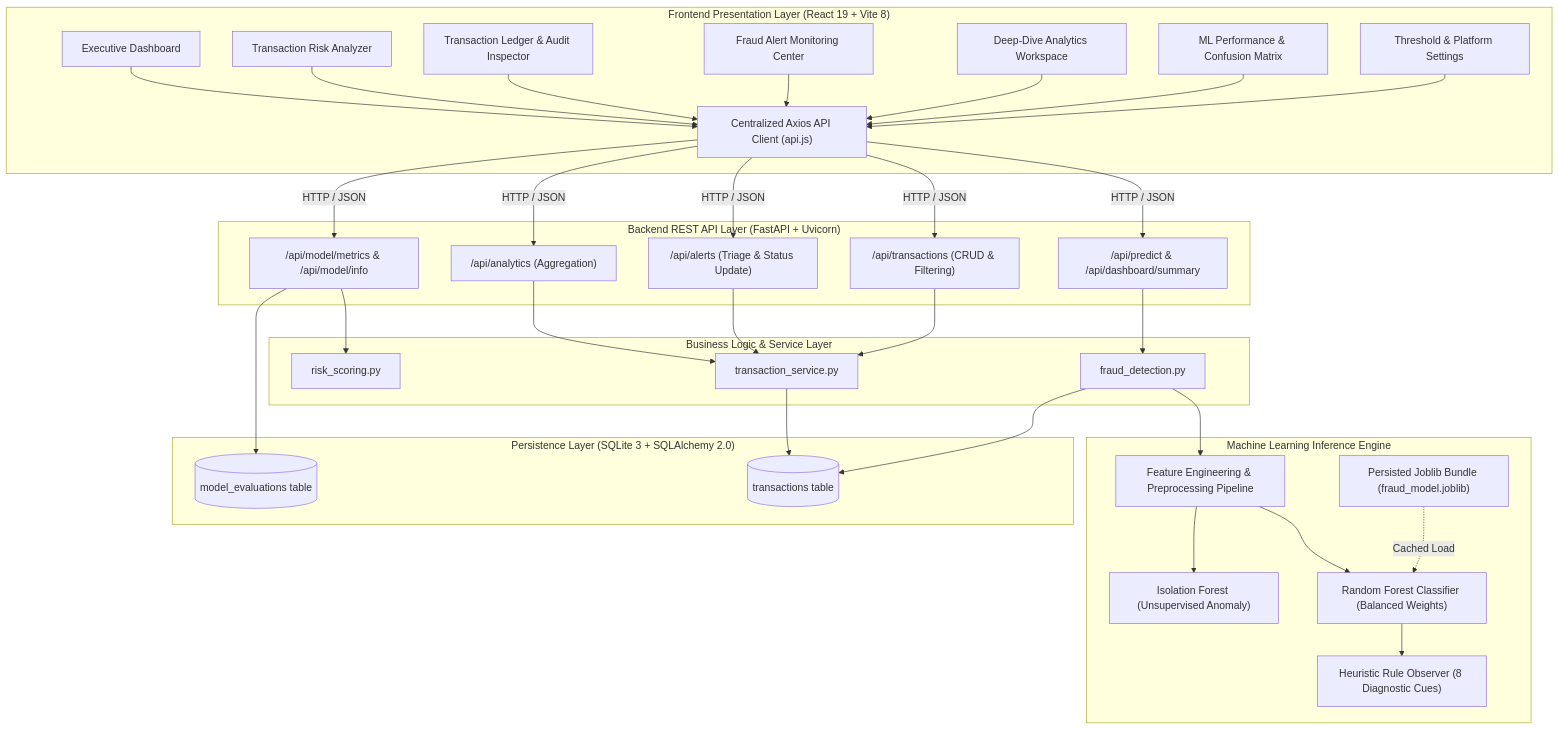
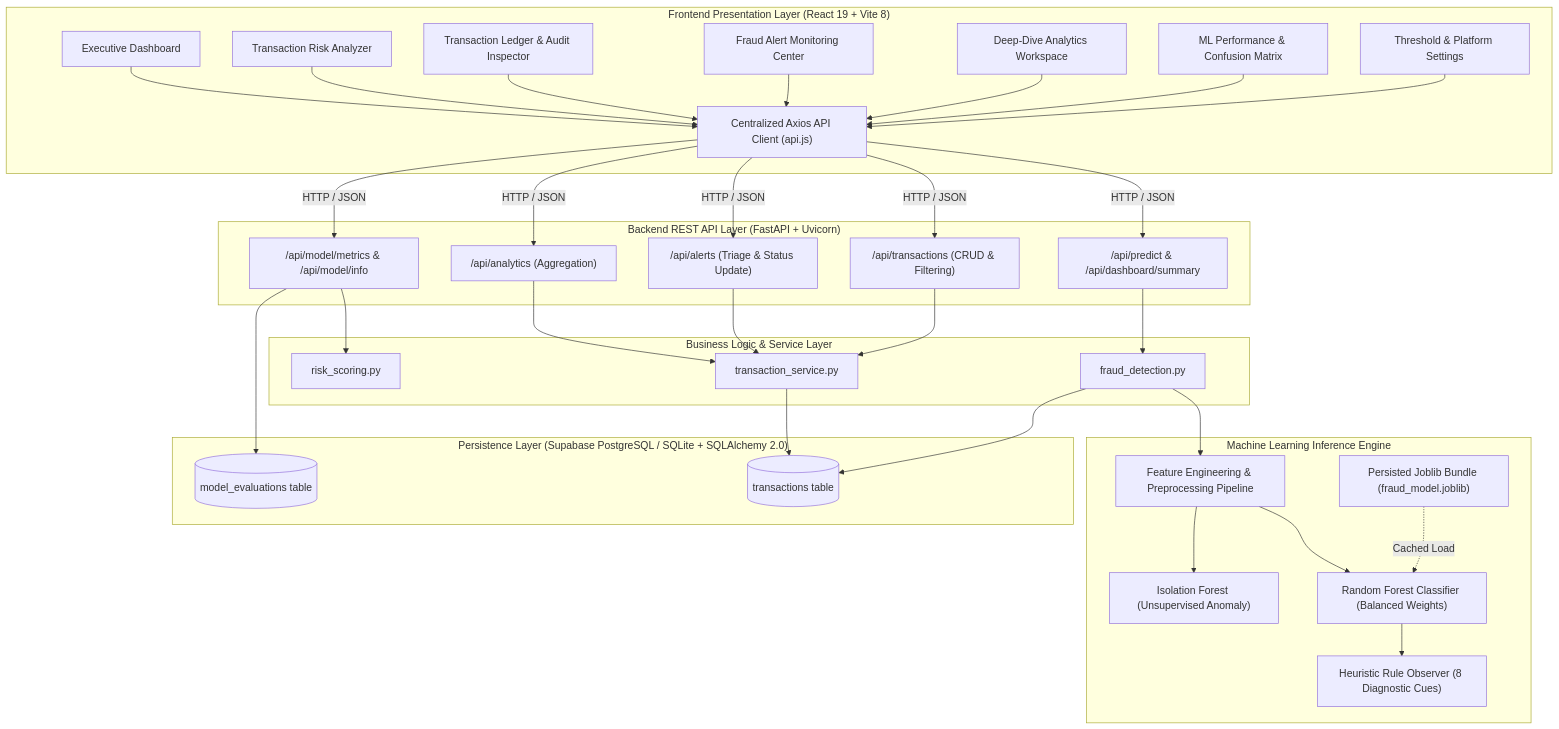
Before and after one commit to Akshay-18253/AI-For-Finance-CIA-3-Akshay-S-Naik: the first of 2 diagrams in docs/ARCHITECTURE.md, drawn with Mermaid. The commit also changed other lines of this file and 6 other files, not shown here.

Commit message:
feat(database): integrate Supabase Cloud PostgreSQL with connection pooling and seed transactions

````diff
--- a/docs/ARCHITECTURE.md
+++ b/docs/ARCHITECTURE.md
@@ -12,70 +12,70 @@
 ```mermaid
 flowchart TD
     subgraph ClientLayer["Frontend Presentation Layer (React 19 + Vite 8)"]
         UI_Dash["Executive Dashboard"]
         UI_Analyzer["Transaction Risk Analyzer"]
         UI_Ledger["Transaction Ledger & Audit Inspector"]
         UI_Alerts["Fraud Alert Monitoring Center"]
         UI_Analytics["Deep-Dive Analytics Workspace"]
         UI_Model["ML Performance & Confusion Matrix"]
         UI_Settings["Threshold & Platform Settings"]
         API_Client["Centralized Axios API Client (api.js)"]
         
         UI_Dash --> API_Client
         UI_Analyzer --> API_Client
         UI_Ledger --> API_Client
         UI_Alerts --> API_Client
         UI_Analytics --> API_Client
         UI_Model --> API_Client
         UI_Settings --> API_Client
     end
 
     subgraph APILayer["Backend REST API Layer (FastAPI + Uvicorn)"]
         Router_Pred["/api/predict & /api/dashboard/summary"]
         Router_Txn["/api/transactions (CRUD & Filtering)"]
         Router_Alerts["/api/alerts (Triage & Status Update)"]
         Router_Analytics["/api/analytics (Aggregation)"]
         Router_Model["/api/model/metrics & /api/model/info"]
         
         API_Client -->|HTTP / JSON| Router_Pred
         API_Client -->|HTTP / JSON| Router_Txn
         API_Client -->|HTTP / JSON| Router_Alerts
         API_Client -->|HTTP / JSON| Router_Analytics
         API_Client -->|HTTP / JSON| Router_Model
     end
 
     subgraph ServiceLayer["Business Logic & Service Layer"]
         Svc_Fraud["fraud_detection.py"]
         Svc_Scoring["risk_scoring.py"]
         Svc_Txn["transaction_service.py"]
         
         Router_Pred --> Svc_Fraud
         Router_Txn --> Svc_Txn
         Router_Alerts --> Svc_Txn
         Router_Analytics --> Svc_Txn
         Router_Model --> Svc_Scoring
     end
 
     subgraph MLLayer["Machine Learning Inference Engine"]
         ML_Pre["Feature Engineering & Preprocessing Pipeline"]
         ML_RF["Random Forest Classifier (Balanced Weights)"]
         ML_Iso["Isolation Forest (Unsupervised Anomaly)"]
         ML_Rules["Heuristic Rule Observer (8 Diagnostic Cues)"]
         ML_Artifact["Persisted Joblib Bundle (fraud_model.joblib)"]
         
         Svc_Fraud --> ML_Pre
         ML_Pre --> ML_RF
         ML_Pre --> ML_Iso
         ML_RF --> ML_Rules
         ML_Artifact -.->|Cached Load| ML_RF
     end
 
-    subgraph DBLayer["Persistence Layer (SQLite 3 + SQLAlchemy 2.0)"]
+    subgraph DBLayer["Persistence Layer (Supabase PostgreSQL / SQLite + SQLAlchemy 2.0)"]
         Table_Txn[("transactions table")]
         Table_Eval[("model_evaluations table")]
         
         Svc_Txn --> Table_Txn
         Svc_Fraud --> Table_Txn
         Router_Model --> Table_Eval
     end
 ```
````
